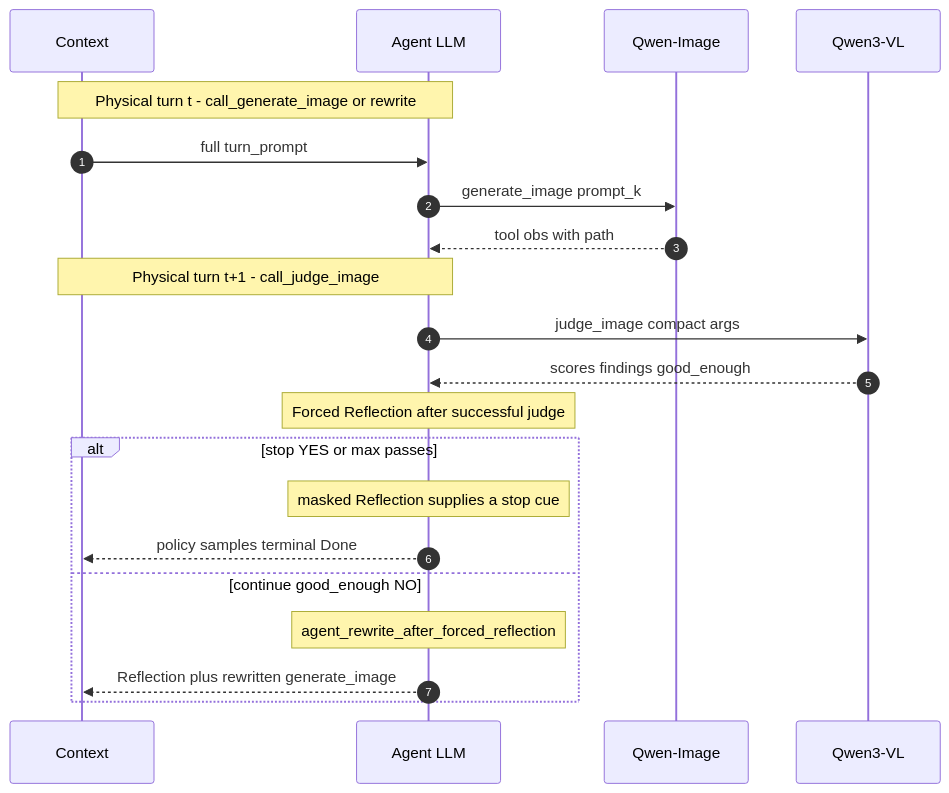
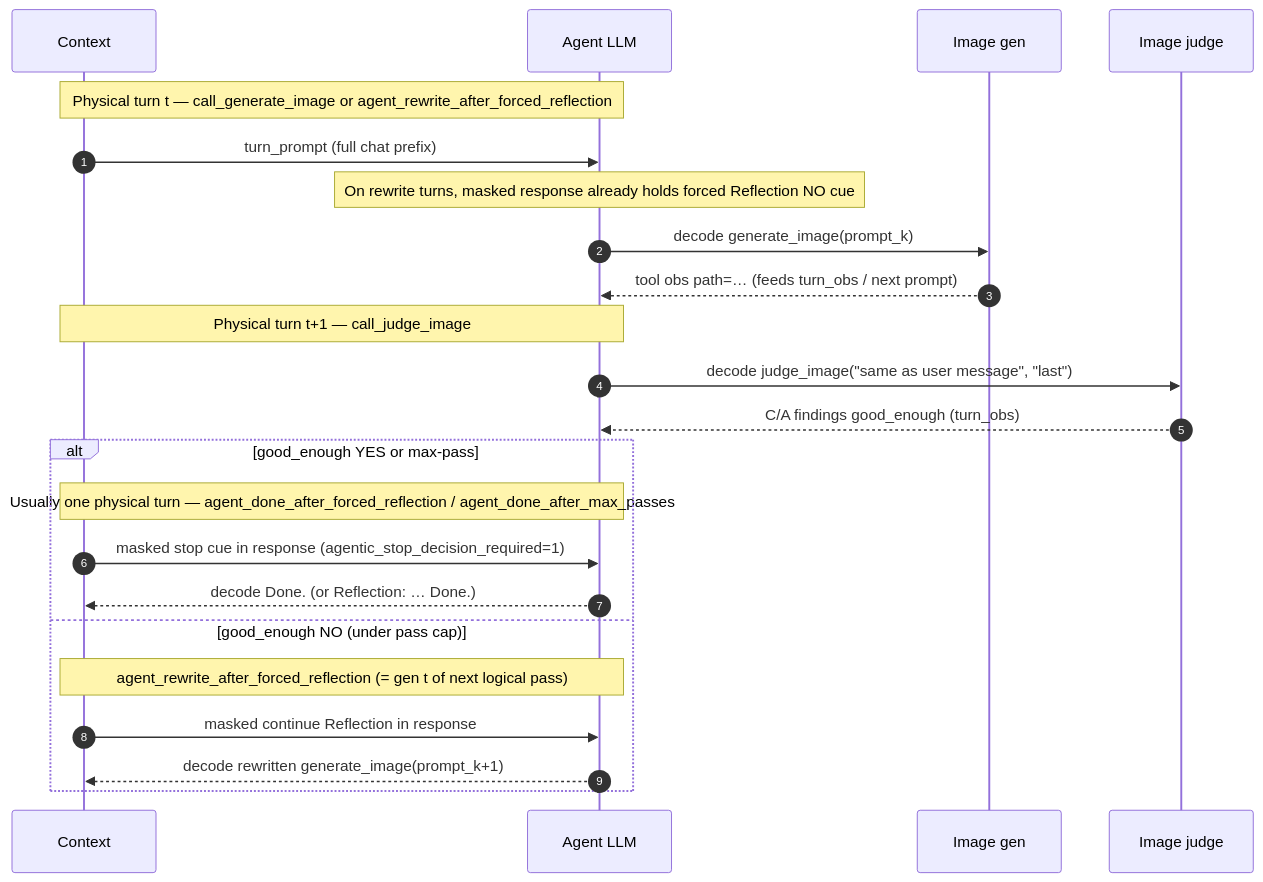
One commit to HaFred/verl-omni changed the diagram in examples/agenticllmgrpo_trainer/README.md. Above: the diagram before and after it, drawn with Mermaid. The commit also changed other lines of this file, not shown here.

````diff
--- a/examples/agenticllmgrpo_trainer/README.md
+++ b/examples/agenticllmgrpo_trainer/README.md
@@ -113,26 +101,28 @@
 ```mermaid
 sequenceDiagram
   autonumber
   participant In as Context
   participant A as Agent LLM
-  participant G as Qwen-Image
-  participant V as Qwen3-VL
+  participant G as Image gen
+  participant V as Image judge
 
-  Note over In,A: Physical turn t - call_generate_image or rewrite
-  In->>A: full turn_prompt
-  A->>G: generate_image prompt_k
-  G-->>A: tool obs with path
+  Note over In,A: Physical turn t — call_generate_image or agent_rewrite_after_forced_reflection
+  In->>A: turn_prompt (full chat prefix)
+  Note over A: On rewrite turns, masked response already holds forced Reflection NO cue
+  A->>G: decode generate_image(prompt_k)
+  G-->>A: tool obs path=… (feeds turn_obs / next prompt)
 
-  Note over In,A: Physical turn t+1 - call_judge_image
-  A->>V: judge_image compact args
-  V-->>A: scores findings good_enough
+  Note over In,A: Physical turn t+1 — call_judge_image
+  A->>V: decode judge_image("same as user message", "last")
+  V-->>A: C/A findings good_enough (turn_obs)
 
-  Note over A: Forced Reflection after successful judge
-  alt stop YES or max passes
-    Note over A: masked Reflection supplies a stop cue
-    A-->>In: policy samples terminal Done
-  else continue good_enough NO
-    Note over A: agent_rewrite_after_forced_reflection
-    A-->>In: Reflection plus rewritten generate_image
+  alt good_enough YES or max-pass
+    Note over In,A: Usually one physical turn — agent_done_after_forced_reflection / agent_done_after_max_passes
+    In->>A: masked stop cue in response (agentic_stop_decision_required=1)
+    A-->>In: decode Done. (or Reflection: … Done.)
+  else good_enough NO (under pass cap)
+    Note over In,A: agent_rewrite_after_forced_reflection (= gen t of next logical pass)
+    In->>A: masked continue Reflection in response
+    A-->>In: decode rewritten generate_image(prompt_k+1)
   end
 ```
````
